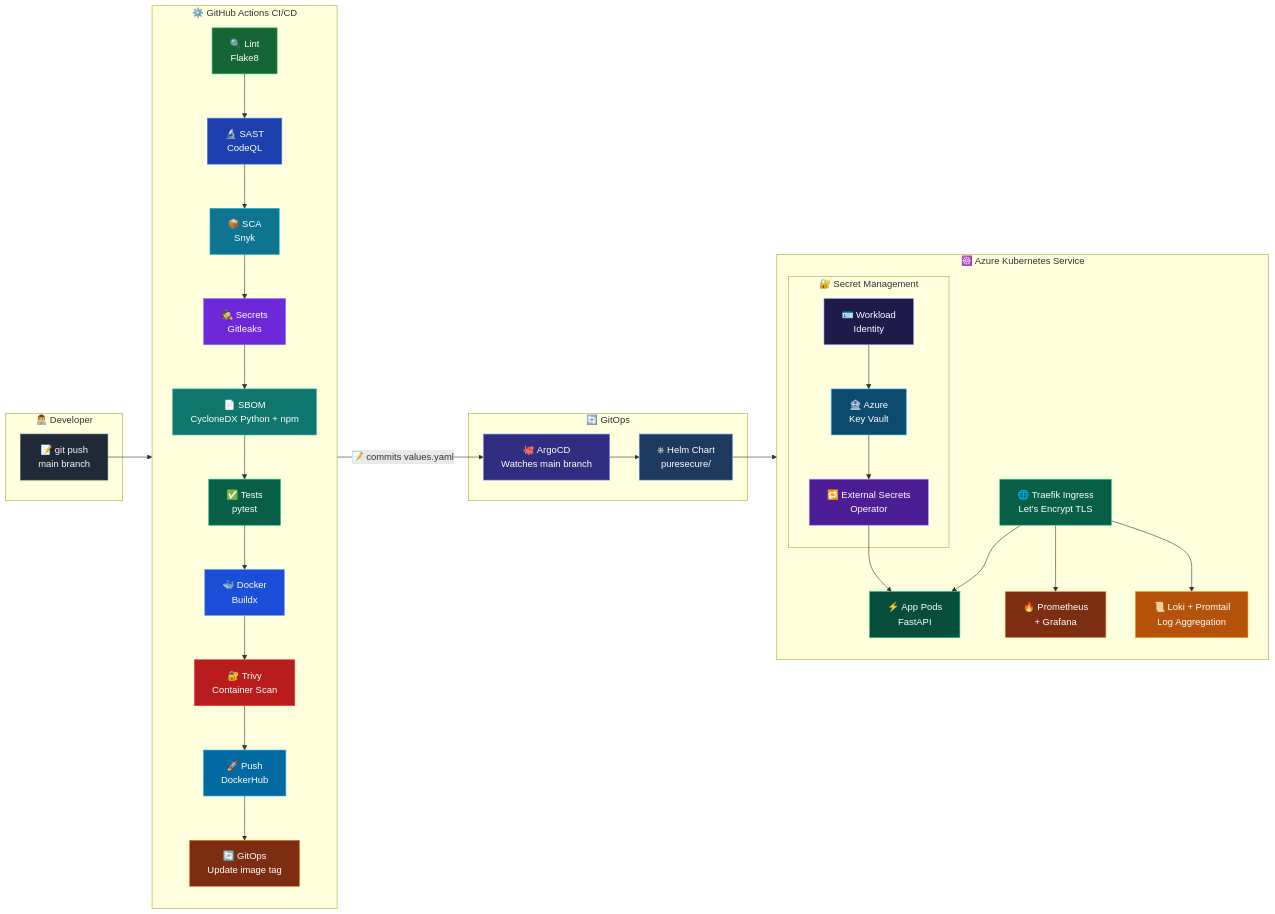
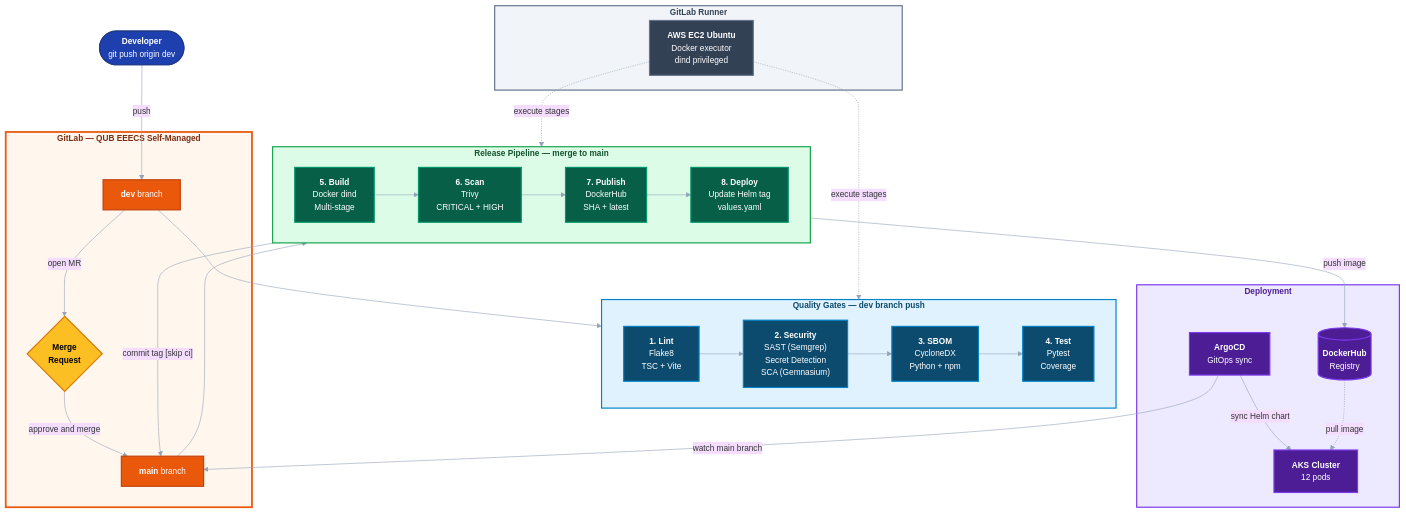
One commit to reonbritto/test-proj changed the second of 2 diagrams in README.md. Above: the diagram before and after it, drawn with Mermaid. The commit also changed other lines of this file, not shown here.

````diff
--- a/README.md
+++ b/README.md
@@ -126,67 +196,78 @@
 ```mermaid
-graph LR
-    subgraph Dev["👨‍💻 Developer"]
-        CODE["📝 git push\nmain branch"]
+%%{init: {'theme': 'base', 'themeVariables': {'fontSize': '14px', 'lineColor': '#94a3b8'}}}%%
+flowchart TD
+    Dev(["<b>Developer</b><br/>git push origin dev"])
+
+    Dev -->|push| DevBranch
+
+    subgraph GITLAB["<b>GitLab — QUB EEECS Self-Managed</b>"]
+
+        DevBranch["<b>dev</b> branch"]
+        MR{"<b>Merge<br/>Request</b>"}
+        MainBranch["<b>main</b> branch"]
+
+        DevBranch -->|open MR| MR
+        MR -->|approve and merge| MainBranch
     end
 
-    subgraph CI["⚙️ GitHub Actions CI/CD"]
-        direction TB
-        LINT["🔍 Lint\nFlake8"]
-        SAST["🔬 SAST\nCodeQL"]
-        SCA["📦 SCA\nSnyk"]
-        SECRET["🕵️ Secrets\nGitleaks"]
-        SBOM["📄 SBOM\nCycloneDX Python + npm"]
-        TEST["✅ Tests\npytest"]
-        BUILD["🐳 Docker\nBuildx"]
-        TRIVY["🔐 Trivy\nContainer Scan"]
-        PUSH["🚀 Push\nDockerHub"]
-        GITOPS["🔄 GitOps\nUpdate image tag"]
-
-        LINT --> SAST --> SCA --> SECRET --> SBOM --> TEST --> BUILD --> TRIVY --> PUSH --> GITOPS
+    subgraph DEVPIPE["<b>Quality Gates — dev branch push</b>"]
+        direction LR
+        L["<b>1. Lint</b><br/>Flake8<br/>TSC + Vite"]
+        S["<b>2. Security</b><br/>SAST (Semgrep)<br/>Secret Detection<br/>SCA (Gemnasium)"]
+        SB["<b>3. SBOM</b><br/>CycloneDX<br/>Python + npm"]
+        T["<b>4. Test</b><br/>Pytest<br/>Coverage"]
+        L --> S --> SB --> T
     end
 
-    subgraph GitOps["🔄 GitOps"]
-        ARGO["🐙 ArgoCD\nWatches main branch"]
-        HELM["⎈ Helm Chart\npuresecure/"]
+    subgraph MAINPIPE["<b>Release Pipeline — merge to main</b>"]
+        direction LR
+        B["<b>5. Build</b><br/>Docker dind<br/>Multi-stage"]
+        SC["<b>6. Scan</b><br/>Trivy<br/>CRITICAL + HIGH"]
+        P["<b>7. Publish</b><br/>DockerHub<br/>SHA + latest"]
+        D["<b>8. Deploy</b><br/>Update Helm tag<br/>values.yaml"]
+        B --> SC --> P --> D
     end
 
-    subgraph K8s["☸️ Azure Kubernetes Service"]
-        direction TB
-        TRAEFIK["🌐 Traefik Ingress\nLet's Encrypt TLS"]
-        APP_POD["⚡ App Pods\nFastAPI"]
-        PROM_POD["🔥 Prometheus\n+ Grafana"]
-        LOKI_POD["📜 Loki + Promtail\nLog Aggregation"]
+    DevBranch --> L
+    MainBranch --> B
 
-        subgraph Secrets["🔐 Secret Management"]
-            ESO["🔁 External Secrets\nOperator"]
-            KV["🏦 Azure\nKey Vault"]
-            MI["🪪 Workload\nIdentity"]
-        end
+    subgraph RUNNER["<b>GitLab Runner</b>"]
+        R["<b>AWS EC2 Ubuntu</b><br/>Docker executor<br/>dind privileged"]
     end
 
-    CODE --> CI
-    GITOPS -- "📝 commits values.yaml" --> ARGO
-    ARGO --> HELM --> TRAEFIK --> APP_POD & PROM_POD & LOKI_POD
-    MI --> KV --> ESO --> APP_POD
+    subgraph DEPLOY["<b>Deployment</b>"]
+        Hub[("<b>DockerHub</b><br/>Registry")]
+        Argo["<b>ArgoCD</b><br/>GitOps sync"]
+        Cluster["<b>AKS Cluster</b><br/>12 pods"]
+    end
 
-    style CODE fill:#1f2937,stroke:#4b5563,color:#f9fafb
-    style LINT fill:#166534,stroke:#22c55e,color:#fff
-    style SAST fill:#1e40af,stroke:#3b82f6,color:#fff
-    style SCA fill:#0e7490,stroke:#06b6d4,color:#fff
-    style SECRET fill:#6d28d9,stroke:#8b5cf6,color:#fff
-    style SBOM fill:#0f766e,stroke:#14b8a6,color:#fff
-    style TEST fill:#065f46,stroke:#10b981,color:#fff
-    style BUILD fill:#1d4ed8,stroke:#60a5fa,color:#fff
-    style TRIVY fill:#b91c1c,stroke:#ef4444,color:#fff
-    style PUSH fill:#0369a1,stroke:#38bdf8,color:#fff
-    style GITOPS fill:#7c2d12,stroke:#f97316,color:#fff
-    style ARGO fill:#312e81,stroke:#818cf8,color:#fff
-    style HELM fill:#1e3a5f,stroke:#60a5fa,color:#fff
-    style TRAEFIK fill:#065f46,stroke:#34d399,color:#fff
-    style APP_POD fill:#064e3b,stroke:#10b981,color:#fff
-    style PROM_POD fill:#7c2d12,stroke:#fb923c,color:#fff
-    style LOKI_POD fill:#b45309,stroke:#f59e0b,color:#fff
-    style ESO fill:#4c1d95,stroke:#a78bfa,color:#fff
-    style KV fill:#0c4a6e,stroke:#38bdf8,color:#fff
-    style MI fill:#1e1b4b,stroke:#818cf8,color:#fff
+    R -.->|execute stages| L
+    R -.->|execute stages| B
+    P -->|push image| Hub
+    D -->|"commit tag [skip ci]"| MainBranch
+    Argo -->|watch main branch| MainBranch
+    Argo -->|sync Helm chart| Cluster
+    Hub -.->|pull image| Cluster
+
+    style GITLAB fill:#fff7ed,stroke:#ea580c,stroke-width:3px,color:#7c2d12
+    style DEVPIPE fill:#e0f2fe,stroke:#0284c7,stroke-width:2px,color:#0c4a6e
+    style MAINPIPE fill:#dcfce7,stroke:#16a34a,stroke-width:2px,color:#14532d
+    style RUNNER fill:#f1f5f9,stroke:#64748b,stroke-width:2px,color:#334155
+    style DEPLOY fill:#ede9fe,stroke:#7c3aed,stroke-width:2px,color:#4c1d95
+    style Dev fill:#1e40af,stroke:#1e3a8a,stroke-width:2px,color:#fff
+    style DevBranch fill:#ea580c,stroke:#c2410c,stroke-width:2px,color:#fff
+    style MainBranch fill:#ea580c,stroke:#c2410c,stroke-width:2px,color:#fff
+    style MR fill:#fbbf24,stroke:#d97706,stroke-width:2px,color:#000
+    style L fill:#0c4a6e,stroke:#0284c7,stroke-width:2px,color:#fff
+    style S fill:#0c4a6e,stroke:#0284c7,stroke-width:2px,color:#fff
+    style SB fill:#0c4a6e,stroke:#0284c7,stroke-width:2px,color:#fff
+    style T fill:#0c4a6e,stroke:#0284c7,stroke-width:2px,color:#fff
+    style B fill:#065f46,stroke:#059669,stroke-width:2px,color:#fff
+    style SC fill:#065f46,stroke:#059669,stroke-width:2px,color:#fff
+    style P fill:#065f46,stroke:#059669,stroke-width:2px,color:#fff
+    style D fill:#065f46,stroke:#059669,stroke-width:2px,color:#fff
+    style R fill:#334155,stroke:#64748b,stroke-width:2px,color:#fff
+    style Hub fill:#4c1d95,stroke:#7c3aed,stroke-width:2px,color:#fff
+    style Argo fill:#4c1d95,stroke:#7c3aed,stroke-width:2px,color:#fff
+    style Cluster fill:#4c1d95,stroke:#7c3aed,stroke-width:2px,color:#fff
 ```
````
